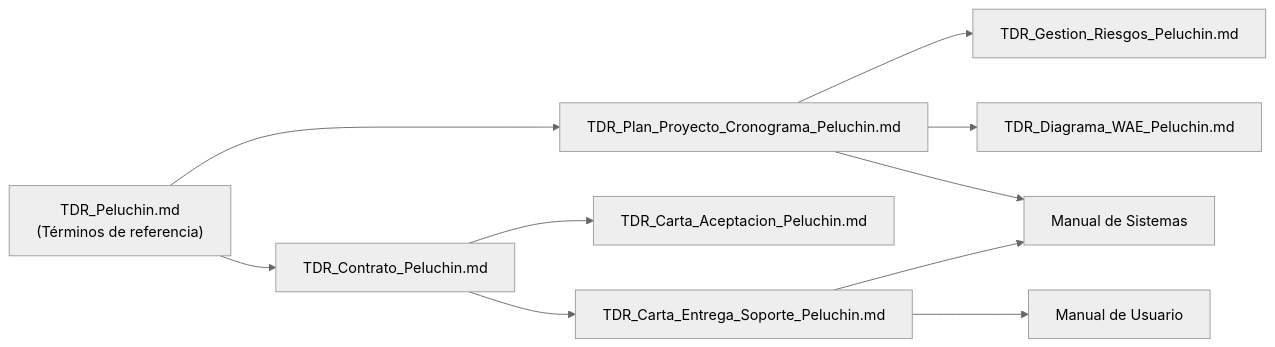
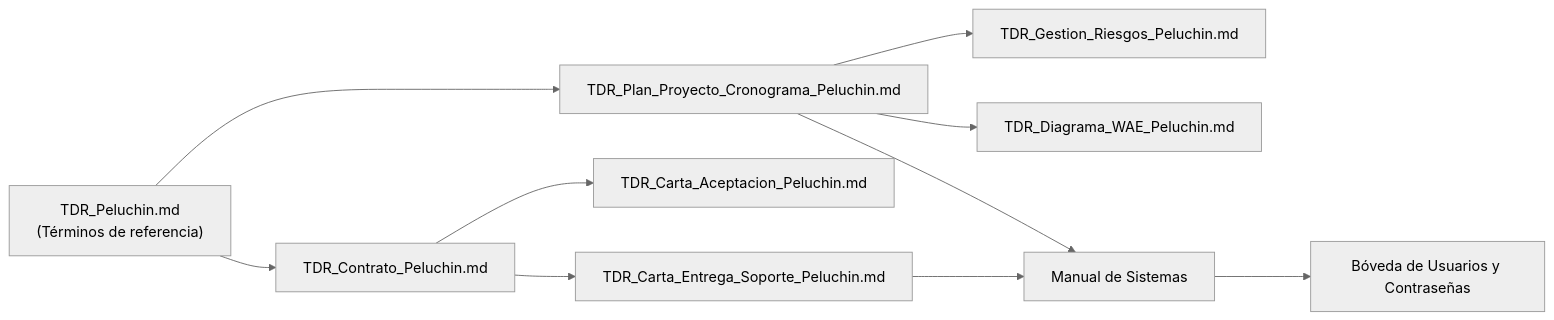
The diagram in docs/README.md (TrynaFindMimi/gestion-proyectos), drawn with Mermaid (neutral theme) before and after one commit. The commit also changed other lines of this file and 16 other files, not shown here.

````diff
--- a/docs/README.md
+++ b/docs/README.md
@@ -45,12 +45,12 @@
 ```mermaid
 flowchart LR
     TDR["TDR_Peluchin.md<br/>(Términos de referencia)"] --> PLAN["TDR_Plan_Proyecto_Cronograma_Peluchin.md"]
     PLAN --> RIESGO["TDR_Gestion_Riesgos_Peluchin.md"]
     TDR --> CONTRATO["TDR_Contrato_Peluchin.md"]
     CONTRATO --> CARTA["TDR_Carta_Aceptacion_Peluchin.md"]
     CONTRATO --> ENTREGA["TDR_Carta_Entrega_Soporte_Peluchin.md"]
     PLAN --> WAE["TDR_Diagrama_WAE_Peluchin.md"]
     PLAN --> SISTEMAS["Manual de Sistemas"]
     ENTREGA --> SISTEMAS
-    ENTREGA --> USUARIO["Manual de Usuario"]
+    SISTEMAS --> BOVEDA["Bóveda de Usuarios y Contraseñas"]
 ```
````
